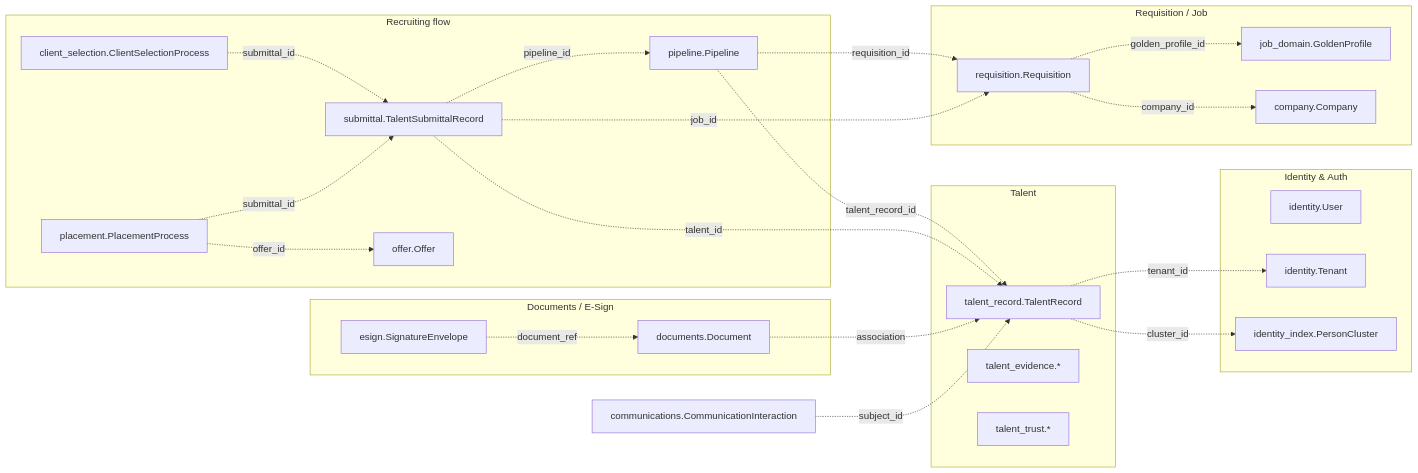
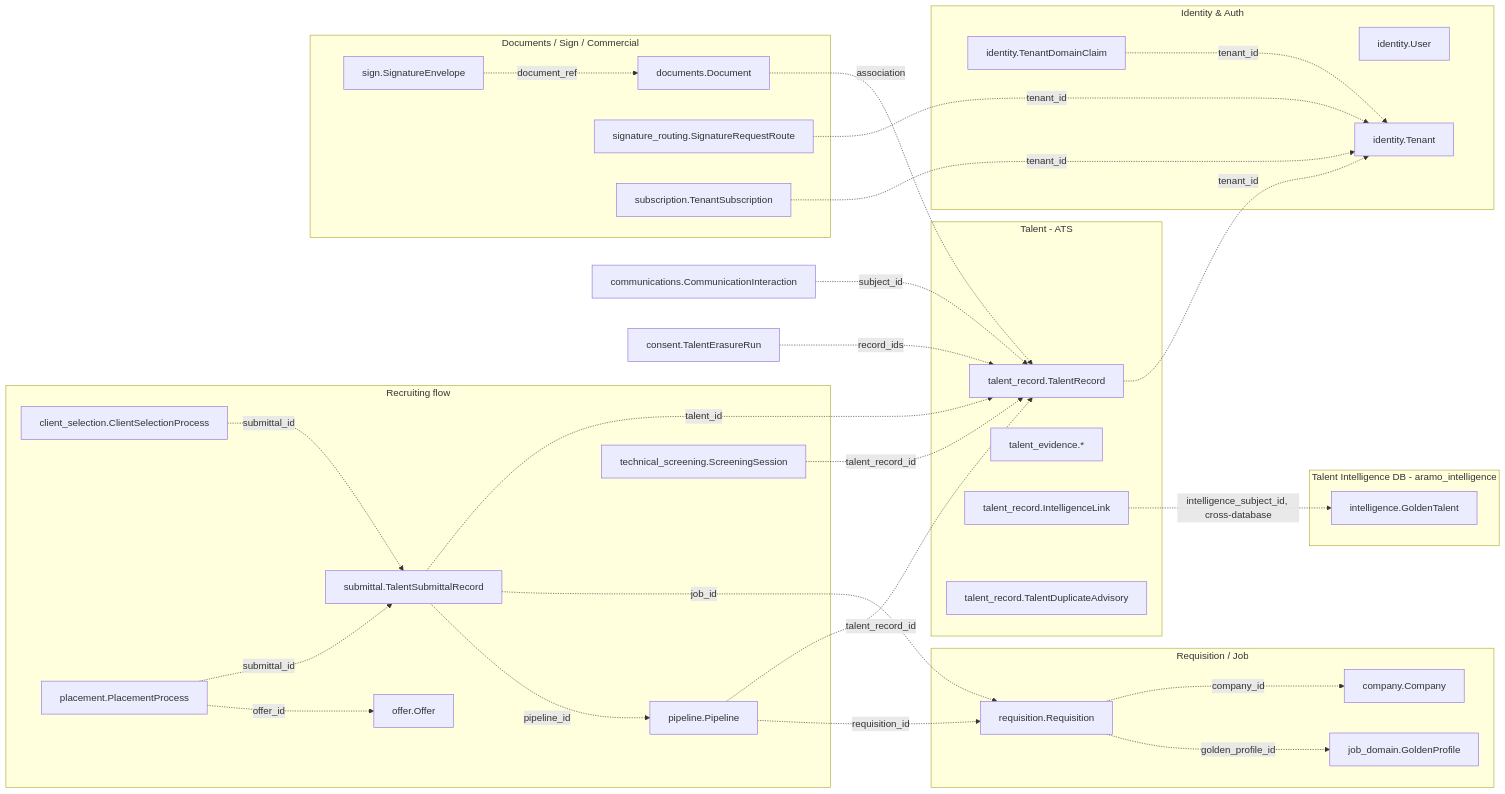
One commit to astreinc/aramo-platform changed the first of 8 diagrams in doc/recon/as-built/D02-database-data-model.md. Above: the diagram before and after it, drawn with Mermaid. The commit also changed other lines of this file and 59 other files, not shown here.

First line of the commit message:
docs(recon): refresh the 15 domain documents to baseline 680907fc

````diff
--- a/doc/recon/as-built/D02-database-data-model.md
+++ b/doc/recon/as-built/D02-database-data-model.md
@@ -129,46 +167,59 @@
 ```mermaid
 flowchart LR
   subgraph identity_ctx[Identity & Auth]
     USER[identity.User]
     TENANT[identity.Tenant]
-    IDX[identity_index.PersonCluster]
+    CLAIM[identity.TenantDomainClaim]
   end
-  subgraph talent_ctx[Talent]
+  subgraph talent_ctx[Talent - ATS]
     TR[talent_record.TalentRecord]
     TEV[talent_evidence.*]
-    TT[talent_trust.*]
+    LINK[talent_record.IntelligenceLink]
+    DUP[talent_record.TalentDuplicateAdvisory]
+  end
+  subgraph ti_db[Talent Intelligence DB - aramo_intelligence]
+    GT[intelligence.GoldenTalent]
   end
   subgraph reqjob[Requisition / Job]
     REQ[requisition.Requisition]
     GP[job_domain.GoldenProfile]
     CO[company.Company]
   end
   subgraph flow[Recruiting flow]
     PIPE[pipeline.Pipeline]
     SUB[submittal.TalentSubmittalRecord]
     CSEL[client_selection.ClientSelectionProcess]
     PLACE[placement.PlacementProcess]
     OFFER[offer.Offer]
+    SCR[technical_screening.ScreeningSession]
   end
-  subgraph docs[Documents / E-Sign]
+  subgraph docs[Documents / Sign / Commercial]
     DOC[documents.Document]
-    ENV[esign.SignatureEnvelope]
+    ENV[sign.SignatureEnvelope]
+    ROUTE[signature_routing.SignatureRequestRoute]
+    SUBS[subscription.TenantSubscription]
   end
   COMM[communications.CommunicationInteraction]
+  ERASE[consent.TalentErasureRun]
 
-  TR -. cluster_id .-> IDX
   TR -. tenant_id .-> TENANT
+  CLAIM -. tenant_id .-> TENANT
+  LINK -. intelligence_subject_id, cross-database .-> GT
   REQ -. company_id .-> CO
   REQ -. golden_profile_id .-> GP
   PIPE -. talent_record_id .-> TR
   PIPE -. requisition_id .-> REQ
   SUB -. talent_id .-> TR
   SUB -. job_id .-> REQ
   SUB -. pipeline_id .-> PIPE
   CSEL -. submittal_id .-> SUB
   PLACE -. submittal_id .-> SUB
   PLACE -. offer_id .-> OFFER
+  SCR -. talent_record_id .-> TR
   DOC -. association .-> TR
   ENV -. document_ref .-> DOC
+  ROUTE -. tenant_id .-> TENANT
+  SUBS -. tenant_id .-> TENANT
   COMM -. subject_id .-> TR
+  ERASE -. record_ids .-> TR
 ```
````
